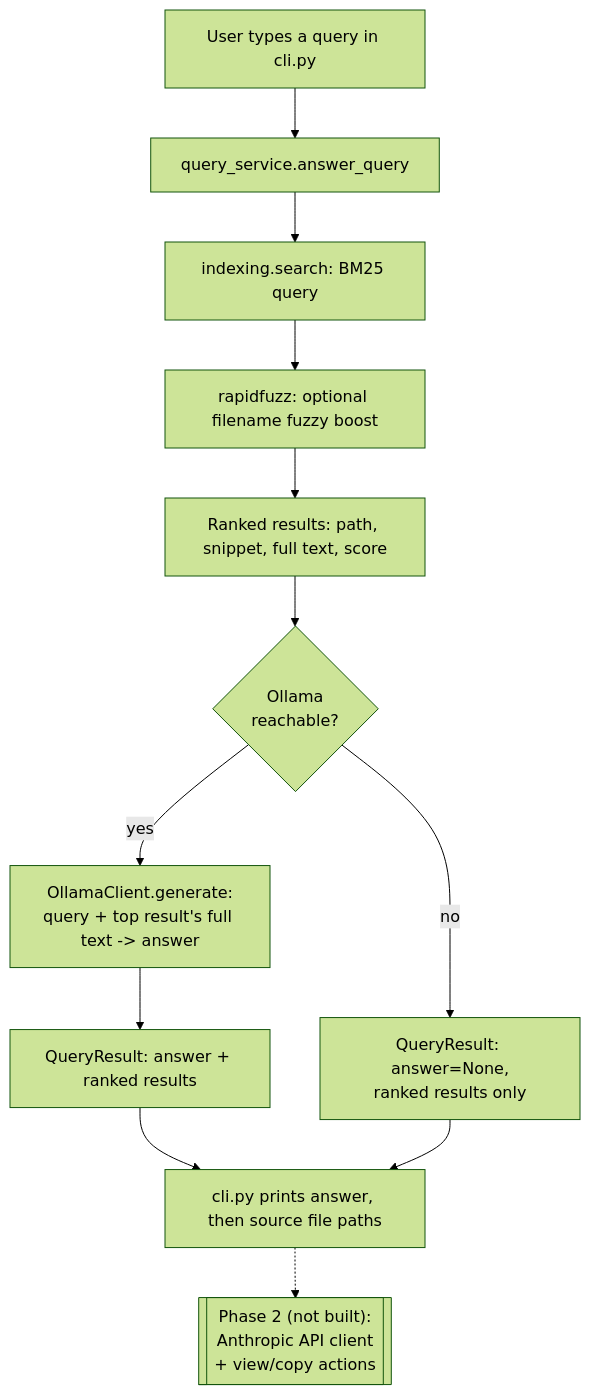
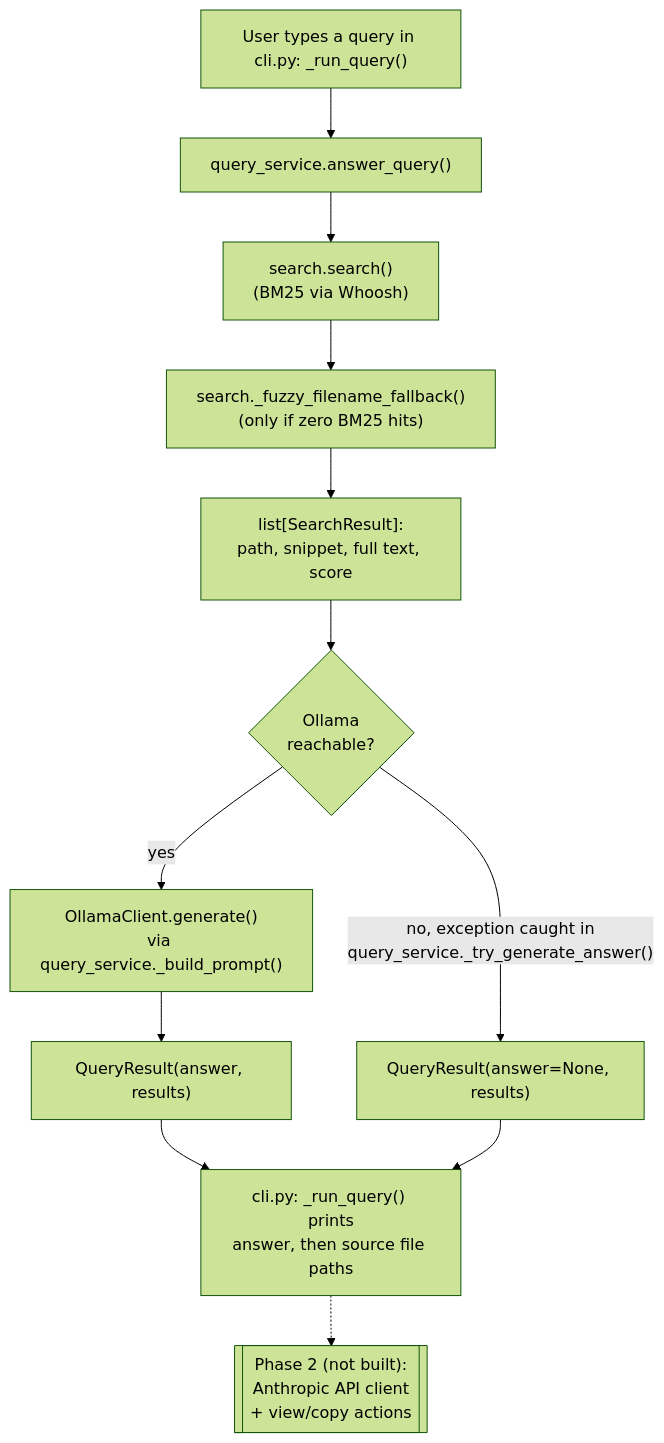
The third of 3 diagrams in DocSearchChatbot/DESIGN.md (chavanskc/Python), drawn with Mermaid (forest theme) before and after one commit. The commit also changed other lines of this file, not shown here.

First line of the commit message:
Add DocSearchChatbot component block diagram with file/function references

````diff
--- a/DocSearchChatbot/DESIGN.md
+++ b/DocSearchChatbot/DESIGN.md
@@ -81,15 +149,15 @@
 ```mermaid
 flowchart TD
-    U[User types a query in cli.py] --> Q[query_service.answer_query]
-    Q --> S[indexing.search: BM25 query]
-    S --> R[rapidfuzz: optional filename fuzzy boost]
-    R --> RES[Ranked results: path, snippet, full text, score]
+    U["User types a query in cli.py: _run_query()"] --> Q["query_service.answer_query()"]
+    Q --> S["search.search()<br/>(BM25 via Whoosh)"]
+    S --> R["search._fuzzy_filename_fallback()<br/>(only if zero BM25 hits)"]
+    R --> RES["list[SearchResult]:<br/>path, snippet, full text, score"]
     RES --> AV{Ollama<br/>reachable?}
-    AV -- yes --> LLM[OllamaClient.generate:<br/>query + top result's full text -> answer]
-    LLM --> QR[QueryResult: answer + ranked results]
-    AV -- no --> QR2[QueryResult: answer=None,<br/>ranked results only]
-    QR --> CLI[cli.py prints answer, then source file paths]
+    AV -- yes --> LLM["OllamaClient.generate()<br/>via query_service._build_prompt()"]
+    LLM --> QR["QueryResult(answer, results)"]
+    AV -- no, exception caught in<br/>query_service._try_generate_answer() --> QR2["QueryResult(answer=None, results)"]
+    QR --> CLI["cli.py: _run_query() prints<br/>answer, then source file paths"]
     QR2 --> CLI
 
     CLI -.-> P2[["Phase 2 (not built):<br/>Anthropic API client<br/>+ view/copy actions"]]
 ```
````
